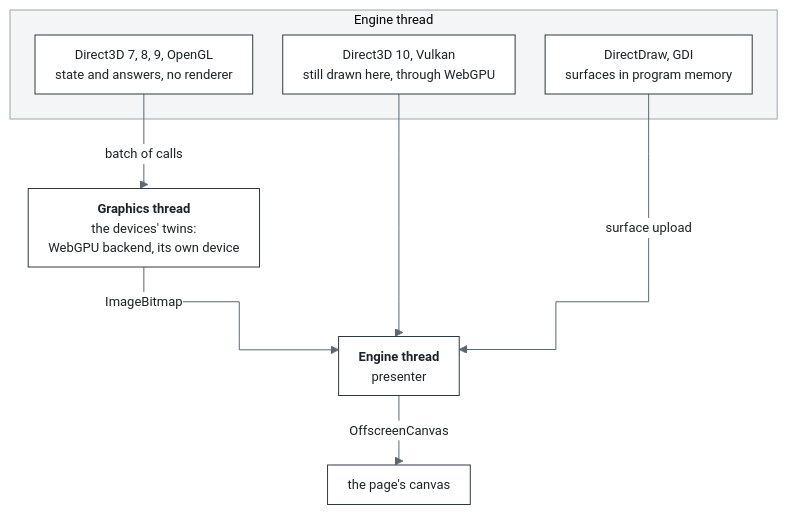
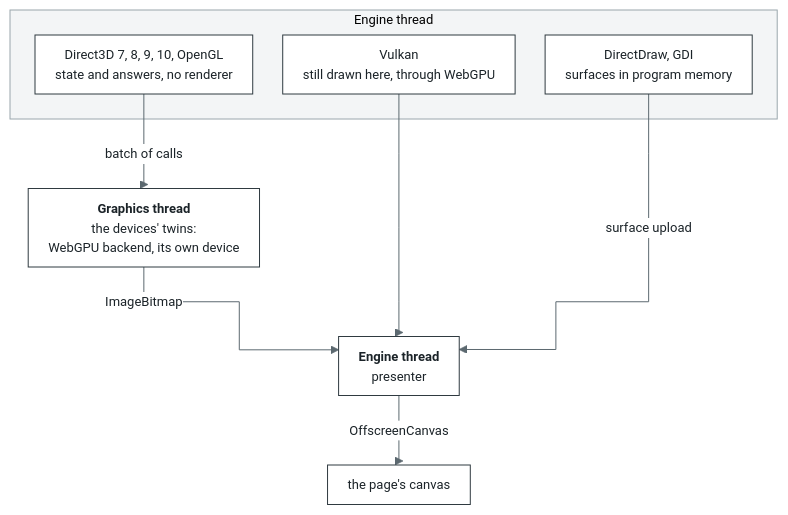
One commit to bottlify/bottlify changed the seventh of 10 diagrams in docs/architecture.md. Above: the diagram before and after it, drawn with Mermaid. The commit also changed other lines of this file and 30 other files, not shown here.

````diff
--- a/docs/architecture.md
+++ b/docs/architecture.md
@@ -679,17 +679,17 @@
 ```mermaid
 %%{init: {"theme": "base", "flowchart": {"curve": "step", "nodeSpacing": 30, "rankSpacing": 50, "padding": 10}, "themeVariables": {"fontFamily": "Inter, Segoe UI, Helvetica, Arial, sans-serif", "fontSize": "13px", "primaryColor": "#FFFFFF", "primaryBorderColor": "#2F3A40", "primaryTextColor": "#1B2328", "lineColor": "#5C6970", "clusterBkg": "#F3F5F6", "clusterBorder": "#9AA6AC", "edgeLabelBackground": "#FFFFFF"}}}%%
 flowchart TB
   subgraph E1["Engine thread"]
-    D89["Direct3D 7, 8, 9, OpenGL<br/>state and answers, no renderer"]
-    D7["Direct3D 10, Vulkan<br/>still drawn here, through WebGPU"]
+    D89["Direct3D 7, 8, 9, 10, OpenGL<br/>state and answers, no renderer"]
+    D7["Vulkan<br/>still drawn here, through WebGPU"]
     SW["DirectDraw, GDI<br/>surfaces in program memory"]
   end
   TW["<b>Graphics thread</b><br/>the devices' twins:<br/>WebGPU backend, its own device"]
   PR["<b>Engine thread</b><br/>presenter"]
   CV["the page's canvas"]
   D89 -->|"batch of calls"| TW
   TW -->|"ImageBitmap"| PR
   D7 --> PR
   SW -->|"surface upload"| PR
   PR -->|"OffscreenCanvas"| CV
 ```
````
